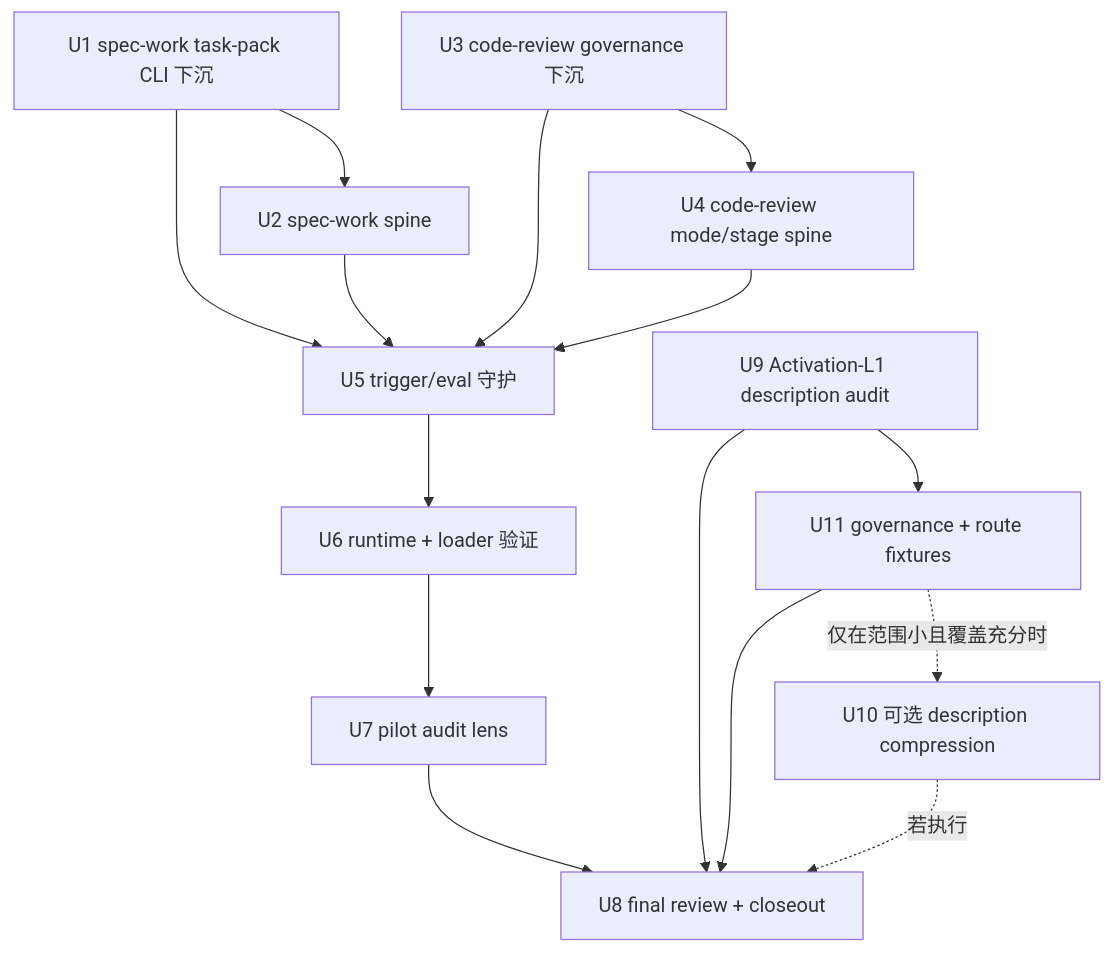
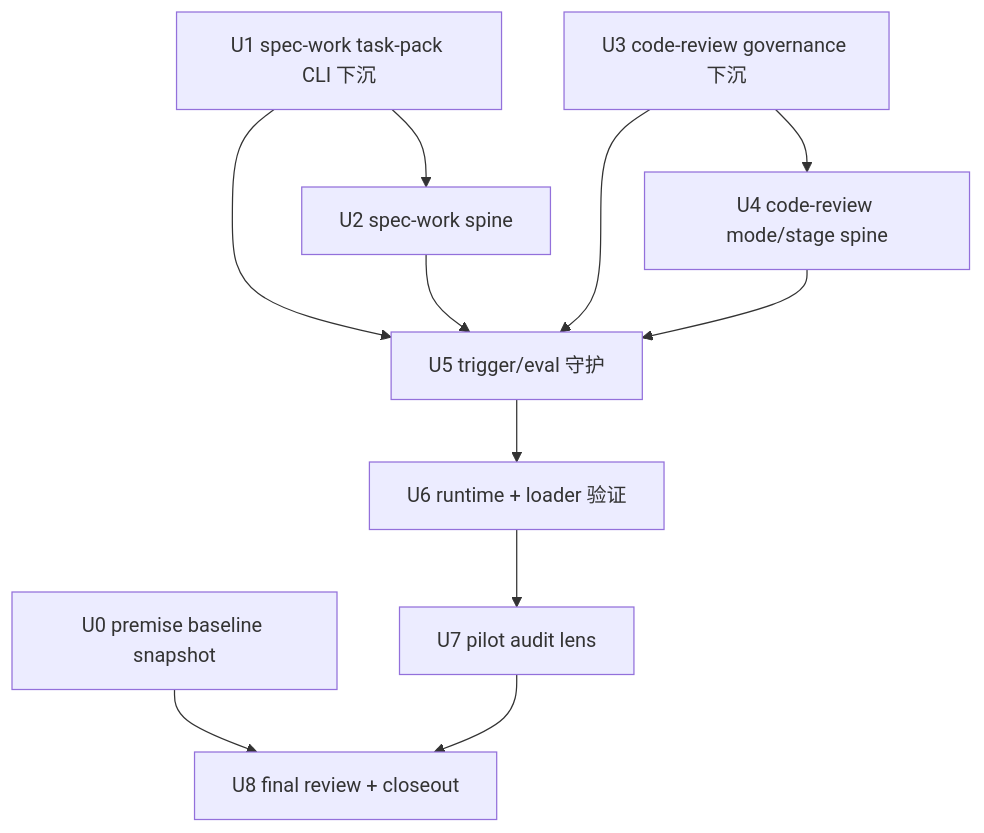
Before and after one commit to leo-kuang-ai/spec-first: the second of 2 diagrams in docs/plans/2026-07-06-001-refactor-skill-prompt-slimming-plan.md, drawn with Mermaid. The commit also changed other lines of this file and 24 other files, not shown here.

First line of the commit message:
refactor(runtime-setup): 收敛 Graphify provider artifact 到原生 .graphify/ + 深化精简/治理计划文档

````diff
--- a/docs/plans/2026-07-06-001-refactor-skill-prompt-slimming-plan.md
+++ b/docs/plans/2026-07-06-001-refactor-skill-prompt-slimming-plan.md
@@ -317,17 +355,13 @@
 ```mermaid
 flowchart TB
+  U0["U0 premise baseline snapshot"] --> U8["U8 final review + closeout"]
   U1["U1 spec-work task-pack CLI 下沉"] --> U2["U2 spec-work spine"]
   U3["U3 code-review governance 下沉"] --> U4["U4 code-review mode/stage spine"]
   U1 --> U5["U5 trigger/eval 守护"]
   U2 --> U5
   U3 --> U5
   U4 --> U5
   U5 --> U6["U6 runtime + loader 验证"]
   U6 --> U7["U7 pilot audit lens"]
-  U9["U9 Activation-L1 description audit"] --> U11["U11 governance + route fixtures"]
-  U11 -. "仅在范围小且覆盖充分时" .-> U10["U10 可选 description compression"]
-  U7 --> U8["U8 final review + closeout"]
-  U9 --> U8
-  U11 --> U8
-  U10 -. "若执行" .-> U8
+  U7 --> U8
 ```
````
